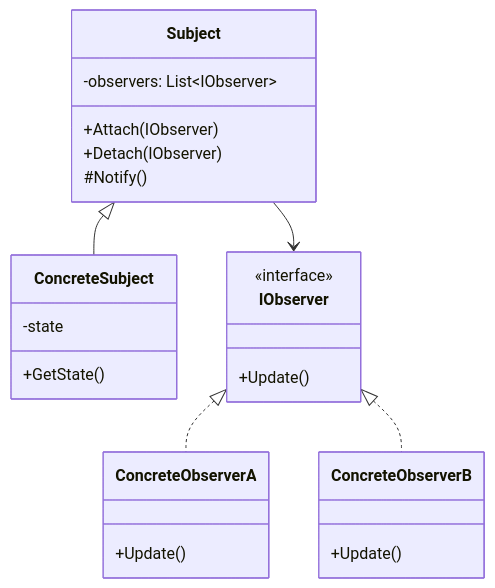
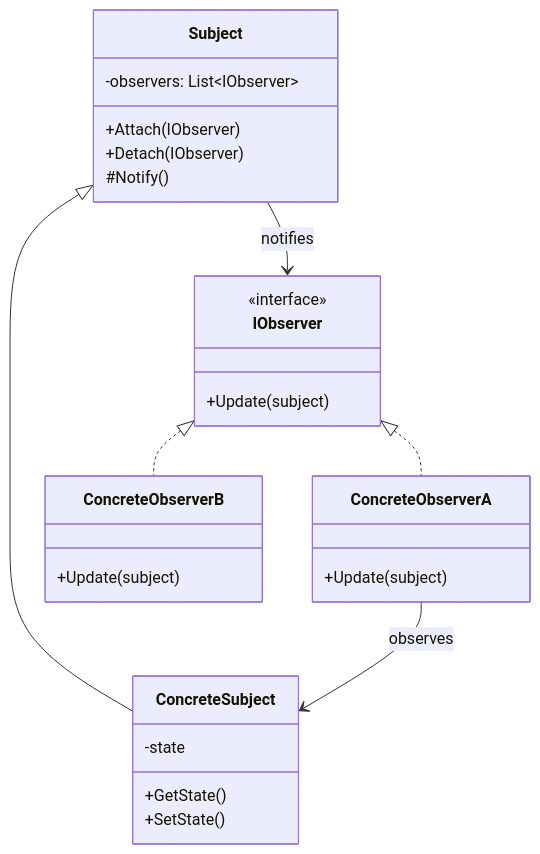
The sixth of 11 diagrams in raw/cs/design-patterns/behavioral-patterns.md (minijb/Wiki), drawn with Mermaid before and after one commit. The commit also changed other lines of this file and 962 other files, not shown here.

````diff
--- a/raw/cs/design-patterns/behavioral-patterns.md
+++ b/raw/cs/design-patterns/behavioral-patterns.md
@@ -639,28 +840,30 @@
 ```mermaid
 classDiagram
     class Subject {
         -observers: List~IObserver~
         +Attach(IObserver)
         +Detach(IObserver)
         #Notify()
     }
     class ConcreteSubject {
         -state
         +GetState()
+        +SetState()
     }
     class IObserver {
         <<interface>>
-        +Update()
+        +Update(subject)
     }
     class ConcreteObserverA {
-        +Update()
+        +Update(subject)
     }
     class ConcreteObserverB {
-        +Update()
+        +Update(subject)
     }
 
     Subject <|-- ConcreteSubject
-    Subject --> IObserver
+    Subject --> IObserver : notifies
     IObserver <|.. ConcreteObserverA
     IObserver <|.. ConcreteObserverB
+    ConcreteObserverA --> ConcreteSubject : observes
 ```
````
